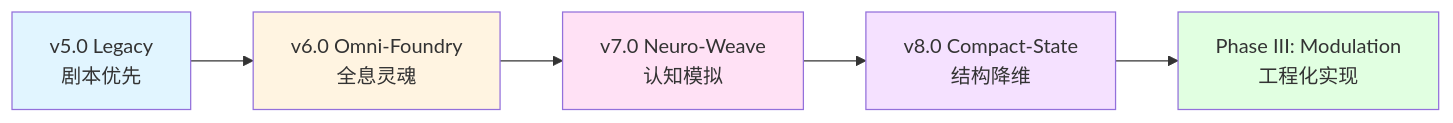
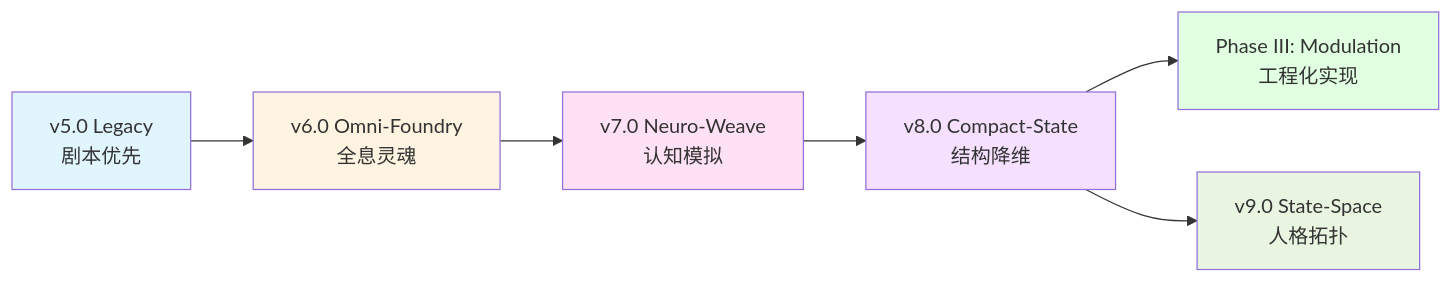
The diagram in 02_Resonance/README.md (3aKHP/Neural-Narratology), drawn with Mermaid before and after one commit. The commit also changed other lines of this file and 2 other files, not shown here.

First line of the commit message:
docs(resonance): update docs and CHANGELOG for v9.0 State-Space

````diff
--- a/02_Resonance/README.md
+++ b/02_Resonance/README.md
@@ -59,13 +61,15 @@
 ```mermaid
 graph LR
     A[v5.0 Legacy<br/>剧本优先] --> B[v6.0 Omni-Foundry<br/>全息灵魂]
     B --> C[v7.0 Neuro-Weave<br/>认知模拟]
     C --> D[v8.0 Compact-State<br/>结构降维]
     D --> E[Phase III: Modulation<br/>工程化实现]
+    D --> F[v9.0 State-Space<br/>人格拓扑]
     
     style A fill:#e1f5ff
     style B fill:#fff4e1
     style C fill:#ffe1f5
     style D fill:#f5e1ff
     style E fill:#e1ffe1
+    style F fill:#e8f5e1
 ```
````
